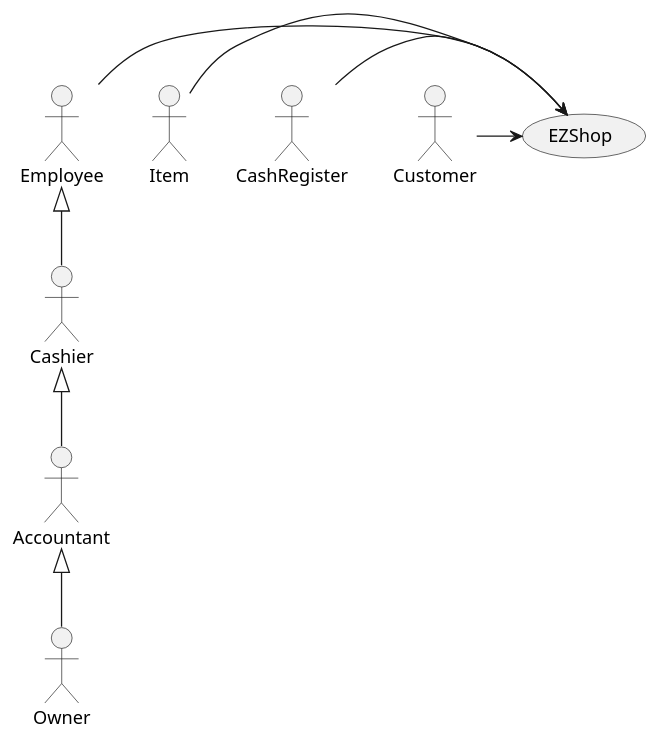
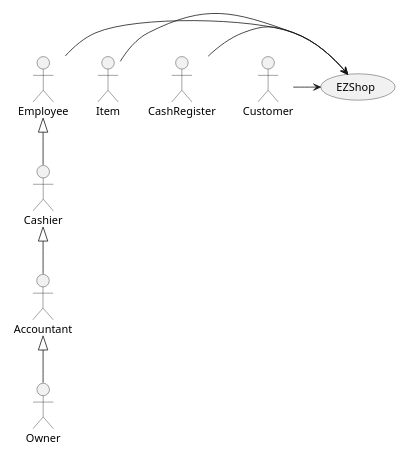
One commit to djemar/softeng_ezshop changed the first of 4 diagrams in Deliverables/RequirementsDocument.md. Above: the diagram before and after it, drawn with PlantUML. The commit also changed other lines of this file, not shown here.

````diff
--- a/Deliverables/RequirementsDocument.md
+++ b/Deliverables/RequirementsDocument.md
@@ -72,19 +72,20 @@
 ```plantuml
+scale 300 width
 top to bottom direction
 actor Owner as o
 actor Employee as e
 actor CashRegister as ca
 actor Item as i
 actor Accountant as acc
 actor Cashier as cas
 actor Customer as cu
 
 o -up-|> acc
 cas -up-|> e
 acc -up-|> cas
 i -> (EZShop)
 e -> (EZShop)
 ca -> (EZShop)
 cu -> (EZShop)
 
 ```
````
